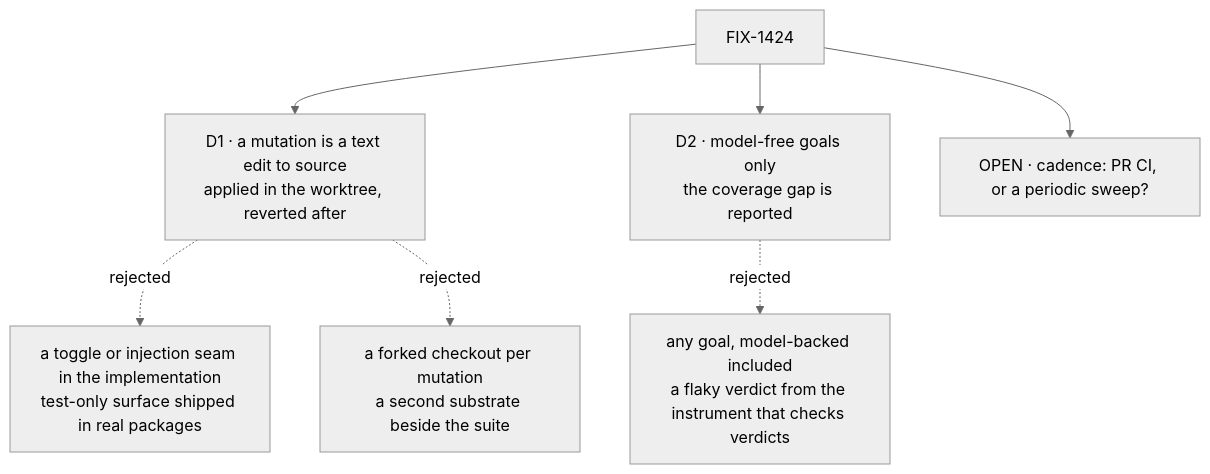
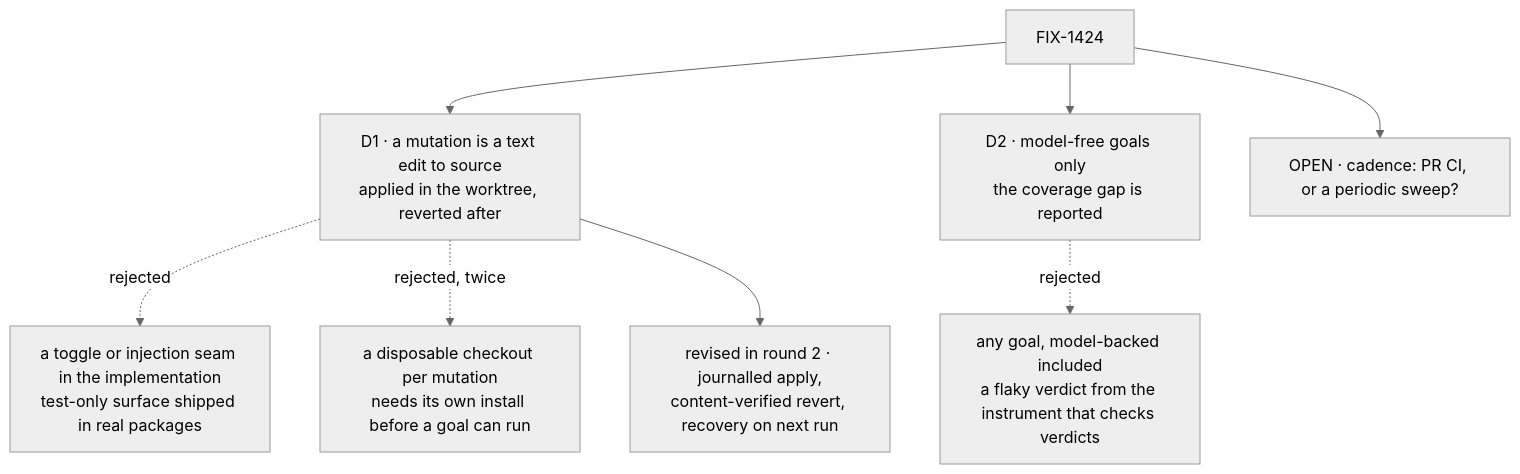
One commit to fixpoint-labs/flow-state-dev changed the diagram in spec/FIX-1424/DECISIONS.md. Above: the diagram before and after it, drawn with Mermaid (neutral theme). The commit also changed other lines of this file and 4 other files, not shown here.

````diff
--- a/spec/FIX-1424/DECISIONS.md
+++ b/spec/FIX-1424/DECISIONS.md
@@ -9,9 +11,10 @@
 ```mermaid
 flowchart TD
   I["FIX-1424"] --> D1["D1 · a mutation is a text edit to source<br/>applied in the worktree, reverted after"]
   D1 -.->|"rejected"| X1["a toggle or injection seam in the implementation<br/>test-only surface shipped in real packages"]
-  D1 -.->|"rejected"| X2["a forked checkout per mutation<br/>a second substrate beside the suite"]
+  D1 -.->|"rejected, twice"| X2["a disposable checkout per mutation<br/>needs its own install before a goal can run"]
+  D1 --> D1R["revised in round 2 · journalled apply,<br/>content-verified revert, recovery on next run"]
   I --> D2["D2 · model-free goals only<br/>the coverage gap is reported"]
   D2 -.->|"rejected"| X3["any goal, model-backed included<br/>a flaky verdict from the instrument that checks verdicts"]
   I --> O["OPEN · cadence: PR CI, or a periodic sweep?"]
 ```
````
